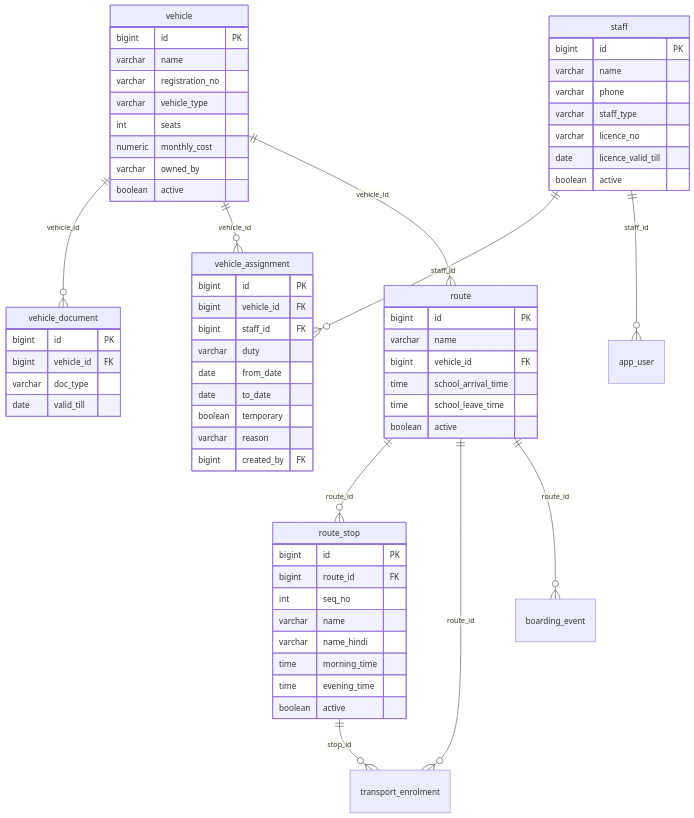
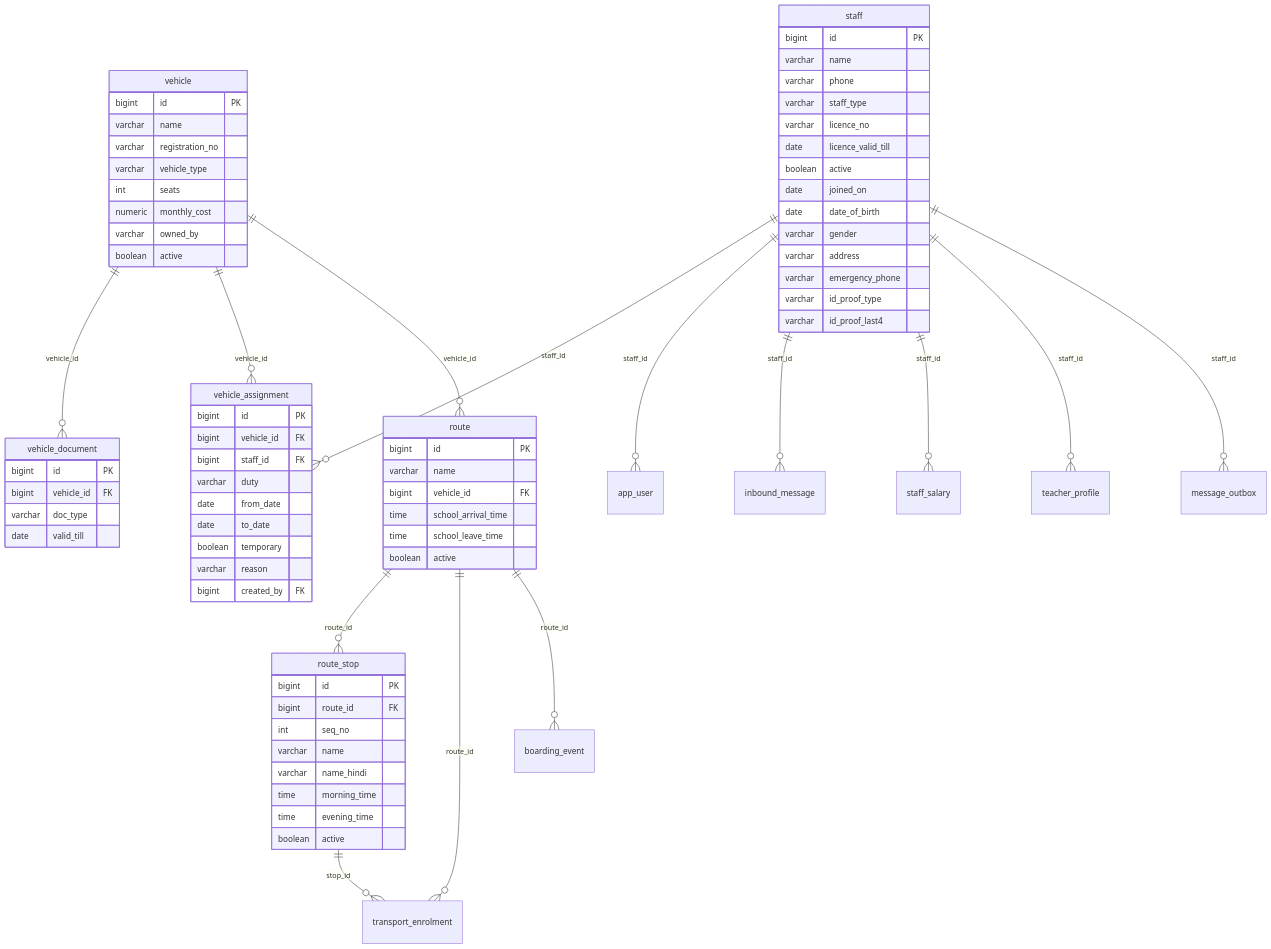
Before and after one commit to MUH-Education/school-platform: the sixth of 15 diagrams in docs/03-data-model.md, drawn with Mermaid. The commit also changed other lines of this file and 31 other files, not shown here.

````diff
--- a/docs/03-data-model.md
+++ b/docs/03-data-model.md
@@ -404,66 +557,77 @@
 ```mermaid
 erDiagram
     vehicle {
         bigint id PK
         varchar name
         varchar registration_no
         varchar vehicle_type
         int seats
         numeric monthly_cost
         varchar owned_by
         boolean active
     }
     vehicle_document {
         bigint id PK
         bigint vehicle_id FK
         varchar doc_type
         date valid_till
     }
     staff {
         bigint id PK
         varchar name
         varchar phone
         varchar staff_type
         varchar licence_no
         date licence_valid_till
         boolean active
+        date joined_on
+        date date_of_birth
+        varchar gender
+        varchar address
+        varchar emergency_phone
+        varchar id_proof_type
+        varchar id_proof_last4
     }
     vehicle_assignment {
         bigint id PK
         bigint vehicle_id FK
         bigint staff_id FK
         varchar duty
         date from_date
         date to_date
         boolean temporary
         varchar reason
         bigint created_by FK
     }
     route {
         bigint id PK
         varchar name
         bigint vehicle_id FK
         time school_arrival_time
         time school_leave_time
         boolean active
     }
     route_stop {
         bigint id PK
         bigint route_id FK
         int seq_no
         varchar name
         varchar name_hindi
         time morning_time
         time evening_time
         boolean active
     }
     vehicle ||--o{ vehicle_document : vehicle_id
     staff ||--o{ vehicle_assignment : staff_id
     vehicle ||--o{ vehicle_assignment : vehicle_id
     vehicle ||--o{ route : vehicle_id
     route ||--o{ route_stop : route_id
     staff ||--o{ app_user : staff_id
     route ||--o{ transport_enrolment : route_id
     route_stop ||--o{ transport_enrolment : stop_id
     route ||--o{ boarding_event : route_id
+    staff ||--o{ inbound_message : staff_id
+    staff ||--o{ staff_salary : staff_id
+    staff ||--o{ teacher_profile : staff_id
+    staff ||--o{ message_outbox : staff_id
 ```
````
